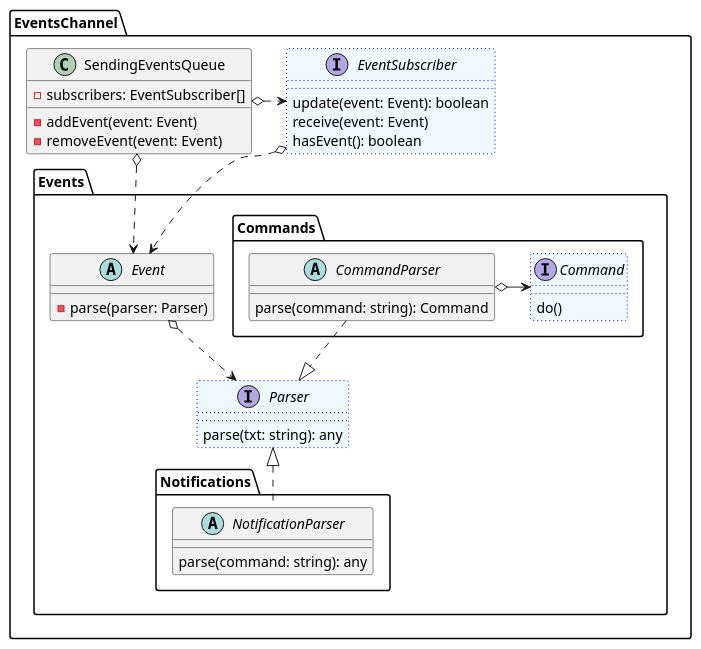
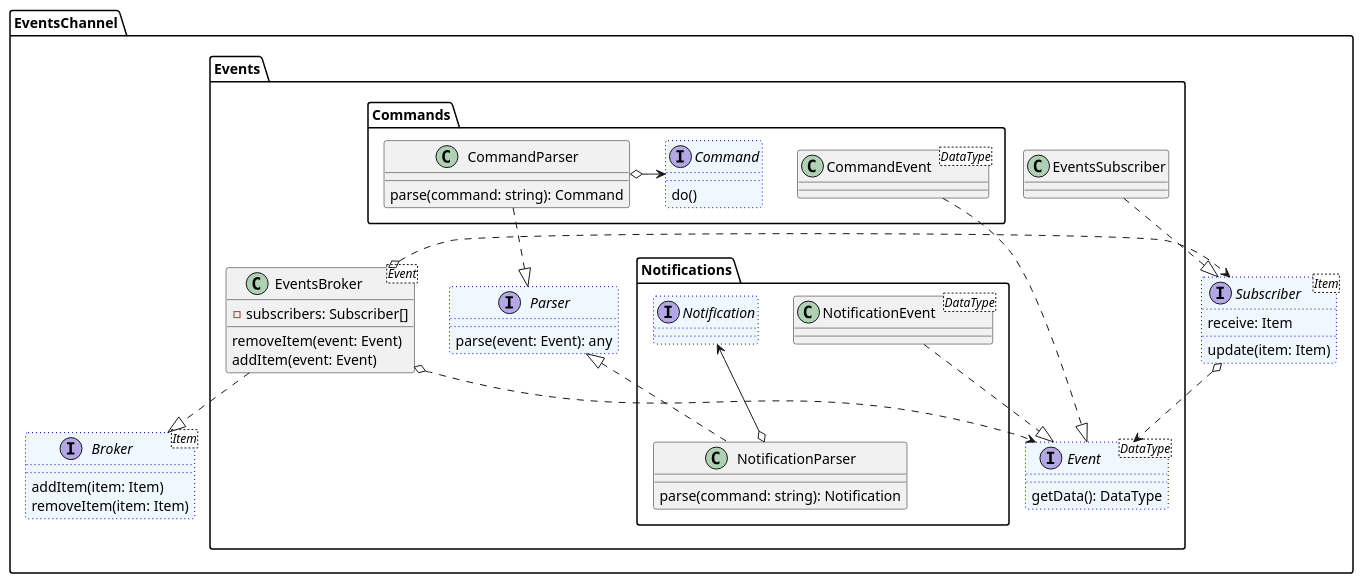
One commit to saratoga8/motion_notifier changed the diagram in docs/events/EventsChannel.puml. Above: the diagram before and after it, drawn with PlantUML. The commit also changed 7 other files, not shown here.

```diff
--- a/docs/events/EventsChannel.puml
+++ b/docs/events/EventsChannel.puml
@@ -1,55 +1,70 @@
 @startuml
 'https://plantuml.com/class-diagram
 
 package EventsChannel {
-   class SendingEventsQueue {
-      - subscribers: EventSubscriber[]
-      - addEvent(event: Event)
-      - removeEvent(event: Event)
+   interface Broker<Item> #aliceblue ##[dotted]blue {
+        addItem(item: Item)
+        removeItem(item: Item)
    }
 
    package Events {
-       abstract class Event {
-         - parse(parser: Parser)
+       class EventsBroker<Event> {
+         - subscribers: Subscriber[]
+         removeItem(event: Event)
+         addItem(event: Event)
+       }
+
+
+       interface Event<DataType> #aliceblue ##[dotted]blue {
+         getData(): DataType
        }
 
        interface Parser #aliceblue ##[dotted]blue {
-           parse(txt: string): any
+           parse(event: Event): any
        }
 
        package Commands {
-            abstract class CommandParser {
+            class CommandEvent<DataType> {}
+
+            class CommandParser {
                parse(command: string): Command
             }
 
             interface Command #aliceblue ##[dotted]blue {
                do()
             }
 
             CommandParser o-> Command
        }
 
        package Notifications {
-           abstract class NotificationParser {
-              parse(command: string): any
+           class NotificationParser {
+              parse(command: string): Notification
            }
+
+           class NotificationEvent<DataType> {}
+           interface Notification #aliceblue ##[dotted]blue
        }
+
+       class EventsSubscriber {}
    }
 
-
+   CommandEvent ..|> Event
+   NotificationEvent ..|> Event
    CommandParser ..|> Parser
    Parser <|.. NotificationParser
-   Event o..> Parser
+   NotificationParser o-up-> Notification
 
-   interface EventSubscriber #aliceblue ##[dotted]blue {
-      update(event: Event): boolean
-      receive(event: Event)
-      hasEvent(): boolean
+   interface Subscriber<Item> #aliceblue ##[dotted]blue {
+      update(item: Item)
+      receive: Item
    }
 }
 
-EventSubscriber o..> Event
-SendingEventsQueue o..> Event
-EventSubscriber <..lefto SendingEventsQueue
+Subscriber o..> Event
+EventsBroker o..> Event
+Subscriber <..lefto EventsBroker
+EventsBroker ..|> Broker
+EventsSubscriber ..|> Subscriber
 
 @enduml
```
